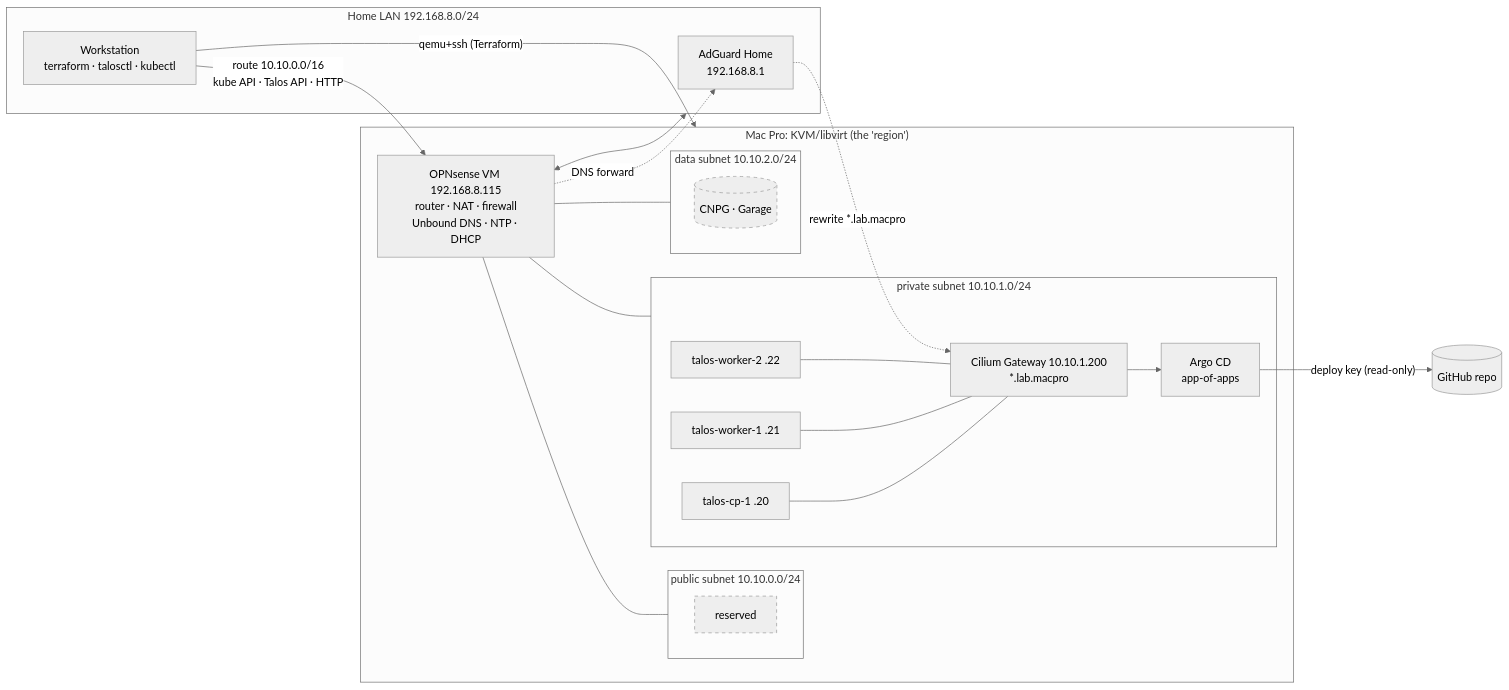
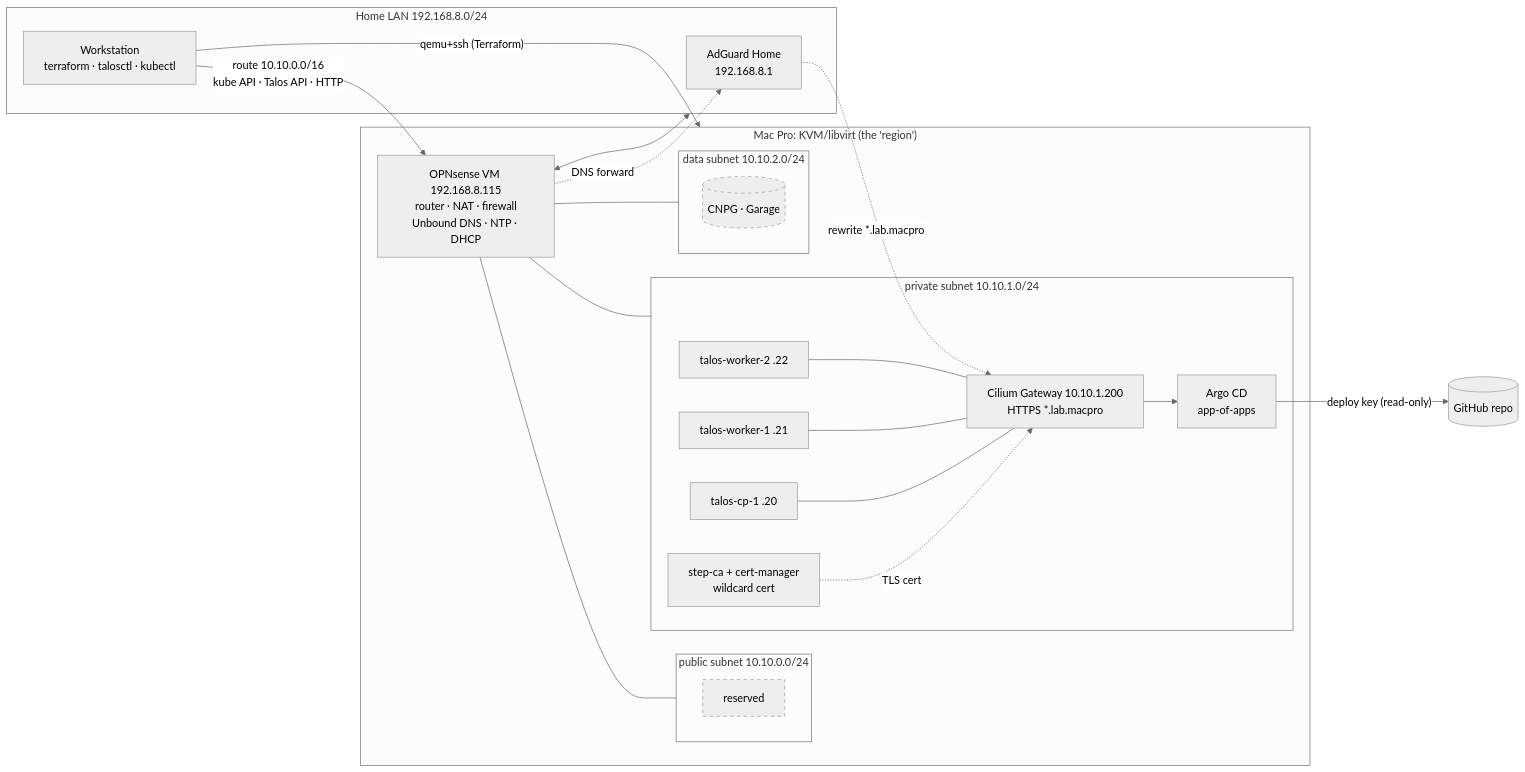
Before and after one commit to nok500/homelab-cloud: the diagram in README.md, drawn with Mermaid (neutral theme). The commit also changed other lines of this file and 33 other files, not shown here.

First line of the commit message:
feat(pki): private CA with step-ca + cert-manager, HTTPS on the Gateway

````diff
--- a/README.md
+++ b/README.md
@@ -17,35 +18,37 @@
 ```mermaid
 flowchart LR
   subgraph LAN["Home LAN 192.168.8.0/24"]
     ws[Workstation<br/>terraform · talosctl · kubectl]
     dns[AdGuard Home<br/>192.168.8.1]
   end
   subgraph host["Mac Pro: KVM/libvirt (the 'region')"]
     opn[OPNsense VM 192.168.8.115<br/>router · NAT · firewall<br/>Unbound DNS · NTP · DHCP]
     subgraph pub["public subnet 10.10.0.0/24"]
       pubnote[reserved]
     end
     subgraph priv["private subnet 10.10.1.0/24"]
-      gw[Cilium Gateway 10.10.1.200<br/>*.lab.macpro]
+      gw[Cilium Gateway 10.10.1.200<br/>HTTPS *.lab.macpro]
+      pki[step-ca + cert-manager<br/>wildcard cert]
       cp[talos-cp-1 .20]
       w1[talos-worker-1 .21]
       w2[talos-worker-2 .22]
       argo[Argo CD<br/>app-of-apps]
     end
     subgraph data["data subnet 10.10.2.0/24"]
       db[(CNPG · Garage)]
     end
   end
   gh[(GitHub repo)]
   ws -- "qemu+ssh (Terraform)" --> host
   ws -- "route 10.10.0.0/16<br/>kube API · Talos API · HTTP" --> opn
   LAN <--> opn
   opn --- pub & priv & data
   opn -. "DNS forward" .-> dns
   gw --> argo
+  pki -. "TLS cert" .-> gw
   cp & w1 & w2 --- gw
   argo -- "deploy key (read-only)" --> gh
   dns -. "rewrite *.lab.macpro" .-> gw
   style pubnote stroke-dasharray: 5 5
   style db stroke-dasharray: 5 5
 ```
````
